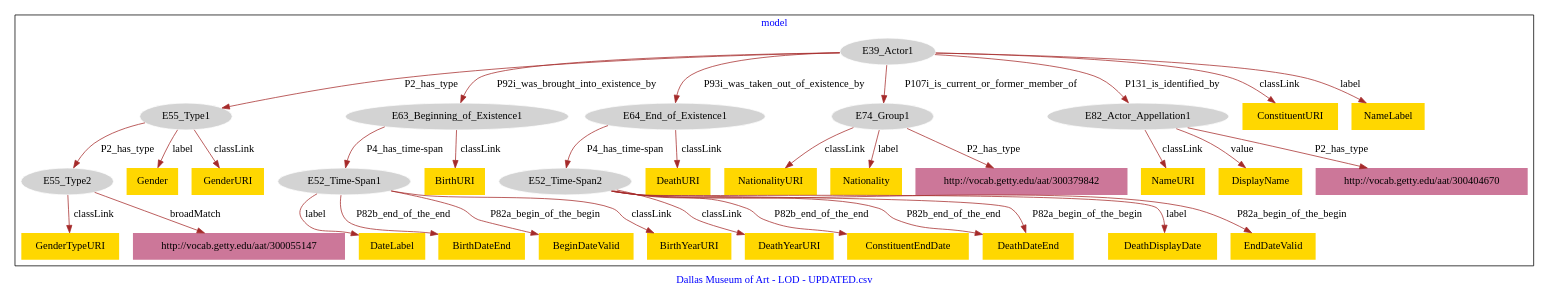
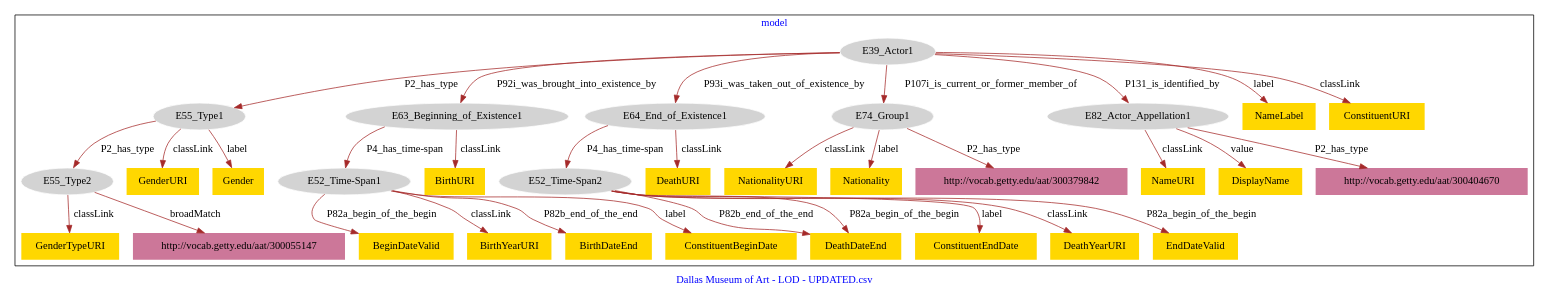
Before and after one commit to american-art/DMA: the diagram in Constituents/DMA_Constituents-model.dot, drawn with Graphviz.

Commit message:
Update file DMA_Constituents-model.dot

```diff
--- a/Constituents/DMA_Constituents-model.dot
+++ b/Constituents/DMA_Constituents-model.dot
@@ -1,72 +1,70 @@
 digraph n0 {
 fontcolor="blue"
 remincross="true"
 label="Dallas Museum of Art - LOD - UPDATED.csv"
 subgraph cluster {
 label="model"
 n2[style="filled",color="white",fillcolor="lightgray",label="E39_Actor1"];
 n3[style="filled",color="white",fillcolor="lightgray",label="E55_Type1"];
 n4[style="filled",color="white",fillcolor="lightgray",label="E63_Beginning_of_Existence1"];
 n5[style="filled",color="white",fillcolor="lightgray",label="E64_End_of_Existence1"];
 n6[style="filled",color="white",fillcolor="lightgray",label="E74_Group1"];
 n7[style="filled",color="white",fillcolor="lightgray",label="E82_Actor_Appellation1"];
 n8[style="filled",color="white",fillcolor="lightgray",label="E55_Type2"];
 n9[style="filled",color="white",fillcolor="lightgray",label="E52_Time-Span1"];
 n10[style="filled",color="white",fillcolor="lightgray",label="E52_Time-Span2"];
-n11[shape="plaintext",style="filled",fillcolor="gold",label="NationalityURI"];
-n12[shape="plaintext",style="filled",fillcolor="gold",label="DeathURI"];
-n13[shape="plaintext",style="filled",fillcolor="gold",label="DateLabel"];
-n14[shape="plaintext",style="filled",fillcolor="gold",label="DeathYearURI"];
-n15[shape="plaintext",style="filled",fillcolor="gold",label="ConstituentURI"];
-n16[shape="plaintext",style="filled",fillcolor="gold",label="NameURI"];
-n17[shape="plaintext",style="filled",fillcolor="gold",label="NameLabel"];
-n18[shape="plaintext",style="filled",fillcolor="gold",label="Gender"];
-n19[shape="plaintext",style="filled",fillcolor="gold",label="ConstituentEndDate"];
-n20[shape="plaintext",style="filled",fillcolor="gold",label="BirthDateEnd"];
-n21[shape="plaintext",style="filled",fillcolor="gold",label="BeginDateValid"];
-n22[shape="plaintext",style="filled",fillcolor="gold",label="BirthYearURI"];
-n23[shape="plaintext",style="filled",fillcolor="gold",label="Nationality"];
-n24[shape="plaintext",style="filled",fillcolor="gold",label="GenderTypeURI"];
+n11[shape="plaintext",style="filled",fillcolor="gold",label="GenderURI"];
+n12[shape="plaintext",style="filled",fillcolor="gold",label="NameURI"];
+n13[shape="plaintext",style="filled",fillcolor="gold",label="GenderTypeURI"];
+n14[shape="plaintext",style="filled",fillcolor="gold",label="NameLabel"];
+n15[shape="plaintext",style="filled",fillcolor="gold",label="BeginDateValid"];
+n16[shape="plaintext",style="filled",fillcolor="gold",label="NationalityURI"];
+n17[shape="plaintext",style="filled",fillcolor="gold",label="BirthURI"];
+n18[shape="plaintext",style="filled",fillcolor="gold",label="BirthYearURI"];
+n19[shape="plaintext",style="filled",fillcolor="gold",label="BirthDateEnd"];
+n20[shape="plaintext",style="filled",fillcolor="gold",label="Gender"];
+n21[shape="plaintext",style="filled",fillcolor="gold",label="ConstituentURI"];
+n22[shape="plaintext",style="filled",fillcolor="gold",label="Nationality"];
+n23[shape="plaintext",style="filled",fillcolor="gold",label="ConstituentBeginDate"];
+n24[shape="plaintext",style="filled",fillcolor="gold",label="DeathURI"];
 n25[shape="plaintext",style="filled",fillcolor="gold",label="DeathDateEnd"];
-n26[shape="plaintext",style="filled",fillcolor="gold",label="DeathDisplayDate"];
-n27[shape="plaintext",style="filled",fillcolor="gold",label="GenderURI"];
-n28[shape="plaintext",style="filled",fillcolor="gold",label="EndDateValid"];
-n29[shape="plaintext",style="filled",fillcolor="gold",label="DisplayName"];
-n30[shape="plaintext",style="filled",fillcolor="gold",label="BirthURI"];
-n31[shape="plaintext",style="filled",fillcolor="#CC7799",label="http://vocab.getty.edu/aat/300404670"];
-n32[shape="plaintext",style="filled",fillcolor="#CC7799",label="http://vocab.getty.edu/aat/300379842"];
-n33[shape="plaintext",style="filled",fillcolor="#CC7799",label="http://vocab.getty.edu/aat/300055147"];
+n26[shape="plaintext",style="filled",fillcolor="gold",label="DisplayName"];
+n27[shape="plaintext",style="filled",fillcolor="gold",label="ConstituentEndDate"];
+n28[shape="plaintext",style="filled",fillcolor="gold",label="DeathYearURI"];
+n29[shape="plaintext",style="filled",fillcolor="gold",label="EndDateValid"];
+n30[shape="plaintext",style="filled",fillcolor="#CC7799",label="http://vocab.getty.edu/aat/300404670"];
+n31[shape="plaintext",style="filled",fillcolor="#CC7799",label="http://vocab.getty.edu/aat/300379842"];
+n32[shape="plaintext",style="filled",fillcolor="#CC7799",label="http://vocab.getty.edu/aat/300055147"];
 }
 n2 -> n3[color="brown",fontcolor="black",label="P2_has_type"]
 n2 -> n4[color="brown",fontcolor="black",label="P92i_was_brought_into_existence_by"]
 n2 -> n5[color="brown",fontcolor="black",label="P93i_was_taken_out_of_existence_by"]
 n2 -> n6[color="brown",fontcolor="black",label="P107i_is_current_or_former_member_of"]
 n2 -> n7[color="brown",fontcolor="black",label="P131_is_identified_by"]
 n3 -> n8[color="brown",fontcolor="black",label="P2_has_type"]
 n4 -> n9[color="brown",fontcolor="black",label="P4_has_time-span"]
 n5 -> n10[color="brown",fontcolor="black",label="P4_has_time-span"]
-n6 -> n11[color="brown",fontcolor="black",label="classLink"]
-n5 -> n12[color="brown",fontcolor="black",label="classLink"]
-n9 -> n13[color="brown",fontcolor="black",label="label"]
-n10 -> n14[color="brown",fontcolor="black",label="classLink"]
-n2 -> n15[color="brown",fontcolor="black",label="classLink"]
-n7 -> n16[color="brown",fontcolor="black",label="classLink"]
-n2 -> n17[color="brown",fontcolor="black",label="label"]
-n3 -> n18[color="brown",fontcolor="black",label="label"]
-n10 -> n19[color="brown",fontcolor="black",label="P82b_end_of_the_end"]
-n9 -> n20[color="brown",fontcolor="black",label="P82b_end_of_the_end"]
-n9 -> n21[color="brown",fontcolor="black",label="P82a_begin_of_the_begin"]
-n9 -> n22[color="brown",fontcolor="black",label="classLink"]
-n6 -> n23[color="brown",fontcolor="black",label="label"]
-n8 -> n24[color="brown",fontcolor="black",label="classLink"]
+n3 -> n11[color="brown",fontcolor="black",label="classLink"]
+n7 -> n12[color="brown",fontcolor="black",label="classLink"]
+n8 -> n13[color="brown",fontcolor="black",label="classLink"]
+n2 -> n14[color="brown",fontcolor="black",label="label"]
+n9 -> n15[color="brown",fontcolor="black",label="P82a_begin_of_the_begin"]
+n6 -> n16[color="brown",fontcolor="black",label="classLink"]
+n4 -> n17[color="brown",fontcolor="black",label="classLink"]
+n9 -> n18[color="brown",fontcolor="black",label="classLink"]
+n9 -> n19[color="brown",fontcolor="black",label="P82b_end_of_the_end"]
+n3 -> n20[color="brown",fontcolor="black",label="label"]
+n2 -> n21[color="brown",fontcolor="black",label="classLink"]
+n6 -> n22[color="brown",fontcolor="black",label="label"]
+n9 -> n23[color="brown",fontcolor="black",label="label"]
+n5 -> n24[color="brown",fontcolor="black",label="classLink"]
 n10 -> n25[color="brown",fontcolor="black",label="P82b_end_of_the_end"]
-n10 -> n26[color="brown",fontcolor="black",label="label"]
-n3 -> n27[color="brown",fontcolor="black",label="classLink"]
-n10 -> n28[color="brown",fontcolor="black",label="P82a_begin_of_the_begin"]
-n7 -> n29[color="brown",fontcolor="black",label="value"]
-n4 -> n30[color="brown",fontcolor="black",label="classLink"]
-n7 -> n31[color="brown",fontcolor="black",label="P2_has_type"]
-n6 -> n32[color="brown",fontcolor="black",label="P2_has_type"]
+n7 -> n26[color="brown",fontcolor="black",label="value"]
+n10 -> n27[color="brown",fontcolor="black",label="label"]
+n10 -> n28[color="brown",fontcolor="black",label="classLink"]
+n10 -> n29[color="brown",fontcolor="black",label="P82a_begin_of_the_begin"]
+n7 -> n30[color="brown",fontcolor="black",label="P2_has_type"]
+n6 -> n31[color="brown",fontcolor="black",label="P2_has_type"]
 n10 -> n25[color="brown",fontcolor="black",label="P82a_begin_of_the_begin"]
-n8 -> n33[color="brown",fontcolor="black",label="broadMatch"]
+n8 -> n32[color="brown",fontcolor="black",label="broadMatch"]
 }
```
